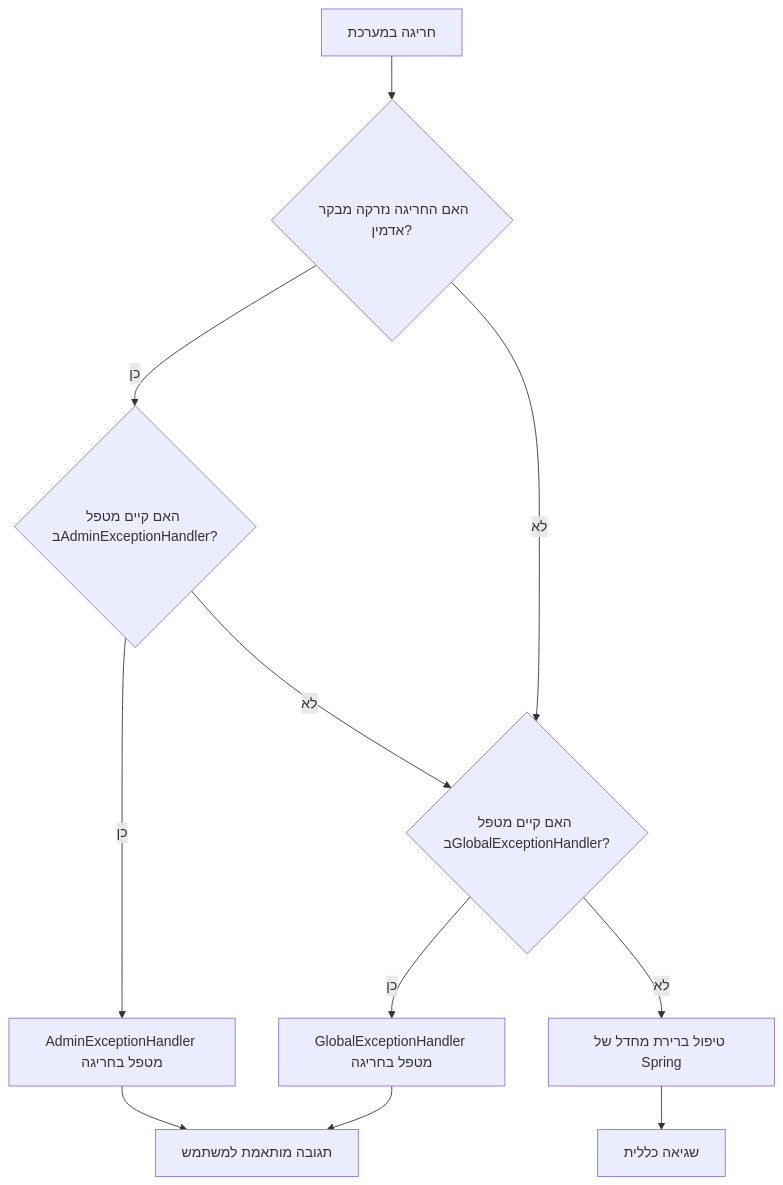
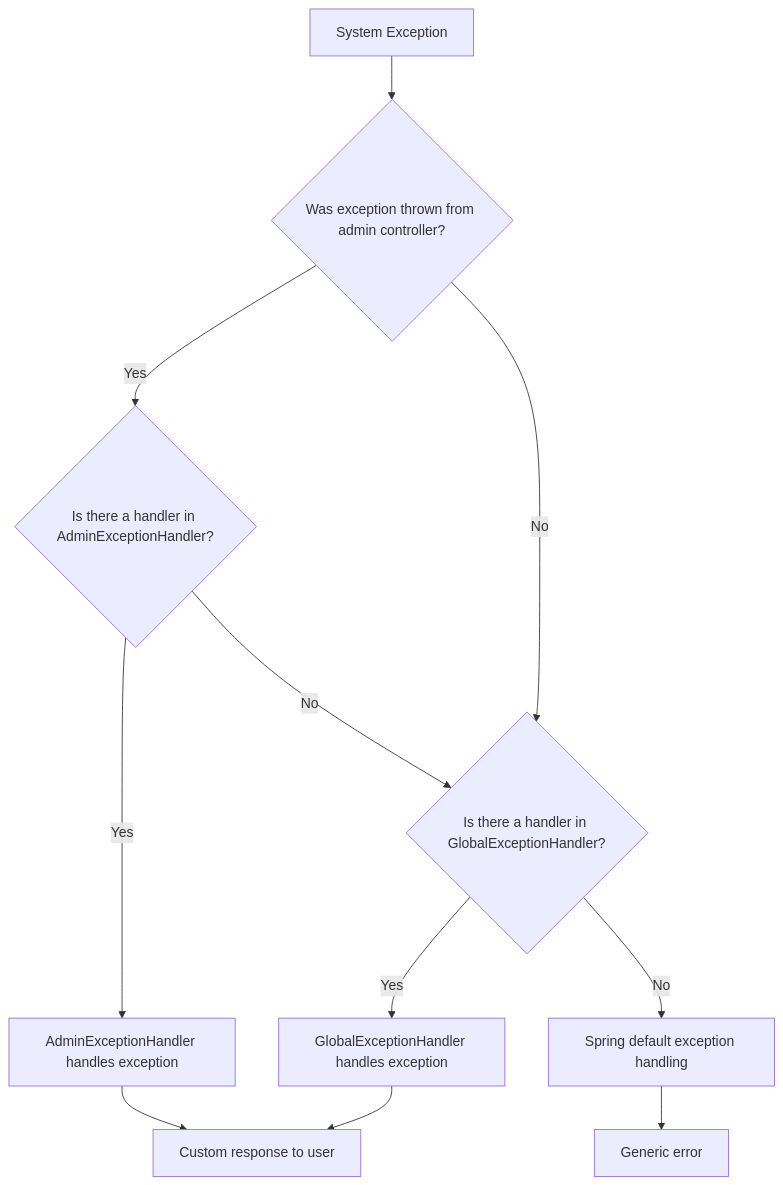
Before and after one commit to EliGuriel/Course_Meeting5: diagram 11 of 11 in Stage6/תיעוד פרויקט ניהול משתמשים ותפקידים - Stage6.md, drawn with Mermaid. The commit also changed other lines of this file and 19 other files, not shown here.

````diff
--- a/Stage6/תיעוד פרויקט ניהול משתמשים ותפקידים - Stage6.md
+++ b/Stage6/תיעוד פרויקט ניהול משתמשים ותפקידים - Stage6.md
@@ -882,16 +882,16 @@
 ```mermaid
 flowchart TD
-    Exception[חריגה במערכת] --> Check{האם החריגה נזרקה מבקר אדמין?}
-    Check -- כן --> Admin{האם קיים מטפל בAdminExceptionHandler?}
-    Check -- לא --> Global{האם קיים מטפל בGlobalExceptionHandler?}
-    
-    Admin -- כן --> AdminHandler[AdminExceptionHandler מטפל בחריגה]
-    Admin -- לא --> Global
-    
-    Global -- כן --> GlobalHandler[GlobalExceptionHandler מטפל בחריגה]
-    Global -- לא --> Default[טיפול ברירת מחדל של Spring]
-    
-    AdminHandler --> Response[תגובה מותאמת למשתמש]
-    GlobalHandler --> Response
-    Default --> GenericError[שגיאה כללית]
+   Exception[System Exception] --> Check{Was exception thrown from admin controller?}
+   Check -- Yes --> Admin{Is there a handler in AdminExceptionHandler?}
+   Check -- No --> Global{Is there a handler in GlobalExceptionHandler?}
+
+   Admin -- Yes --> AdminHandler[AdminExceptionHandler handles exception]
+   Admin -- No --> Global
+
+   Global -- Yes --> GlobalHandler[GlobalExceptionHandler handles exception]
+   Global -- No --> Default[Spring default exception handling]
+
+   AdminHandler --> Response[Custom response to user]
+   GlobalHandler --> Response
+   Default --> GenericError[Generic error]
 ```
````
